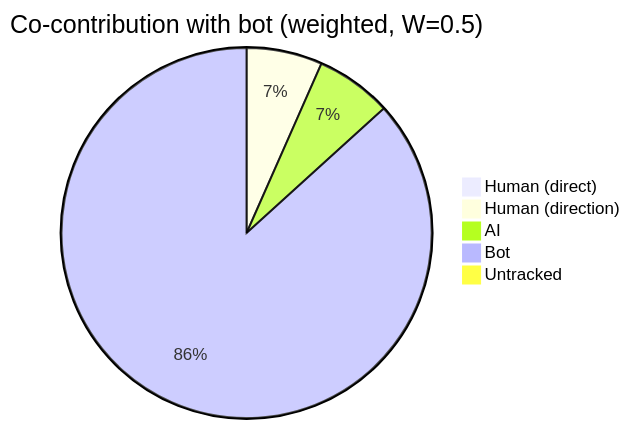
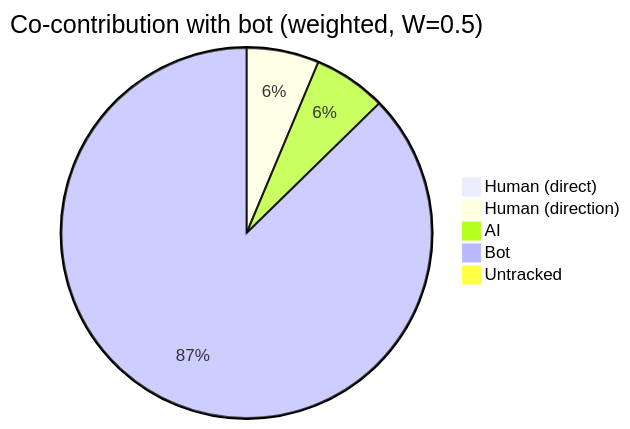
The third of 7 diagrams in AI-AUTHORSHIP.md (CaliMark/ai-authorship), drawn with Mermaid before and after one commit. The commit also changed other lines of this file and 1 other file, not shown here.

````diff
--- a/AI-AUTHORSHIP.md
+++ b/AI-AUTHORSHIP.md
@@ -46,8 +46,8 @@
 ```mermaid
 pie title Co-contribution with bot (weighted, W=0.5)
     "Human (direct)" : 0
-    "Human (direction)" : 240
-    "AI" : 241
-    "Bot" : 3144
-    "Untracked" : 18
+    "Human (direction)" : 228
+    "AI" : 229
+    "Bot" : 3147
+    "Untracked" : 0
 ```
````
